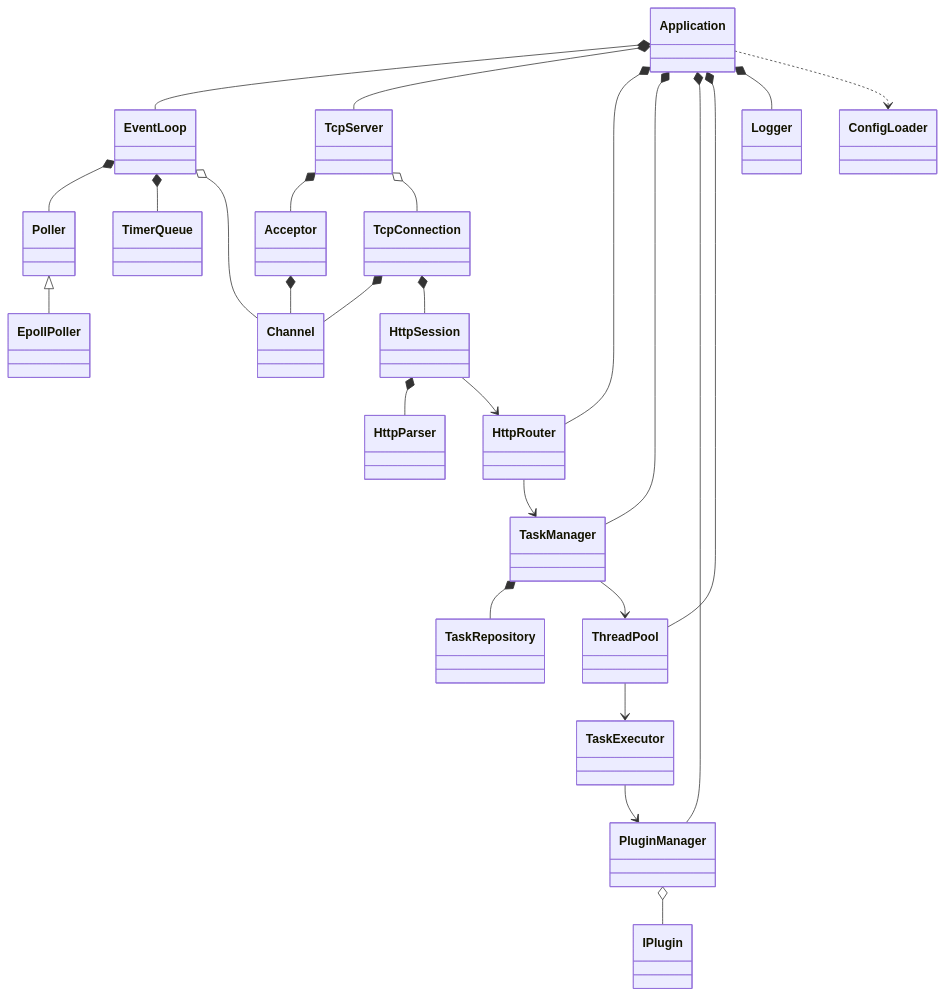
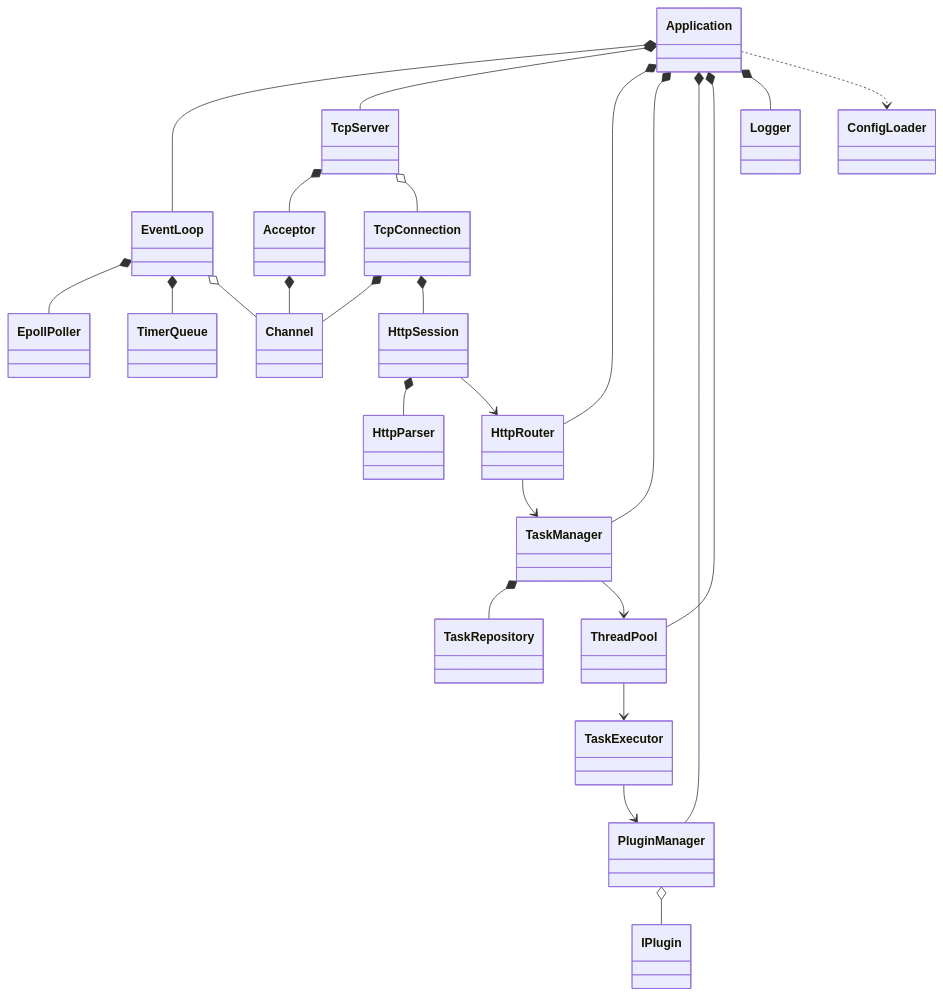
One commit to realme-max/IndustrialAIServiceFramework changed the second of 8 diagrams in docs/architecture.md. Above: the diagram before and after it, drawn with Mermaid. The commit also changed other lines of this file and 28 other files, not shown here.

````diff
--- a/docs/architecture.md
+++ b/docs/architecture.md
@@ -187,51 +202,49 @@
 ```mermaid
 classDiagram
     class Application
     class EventLoop
-    class Poller
     class EpollPoller
     class Channel
     class Acceptor
     class TcpServer
     class TcpConnection
     class HttpSession
     class HttpParser
     class HttpRouter
     class TaskManager
     class TaskRepository
     class ThreadPool
     class TaskExecutor
     class PluginManager
     class IPlugin
     class TimerQueue
     class Logger
     class ConfigLoader
 
     Application *-- EventLoop
     Application *-- TcpServer
     Application *-- HttpRouter
     Application *-- TaskManager
     Application *-- PluginManager
     Application *-- ThreadPool
     Application *-- Logger
     Application ..> ConfigLoader
 
-    EventLoop *-- Poller
-    Poller <|-- EpollPoller
+    EventLoop *-- EpollPoller
     EventLoop *-- TimerQueue
     EventLoop o-- Channel
     TcpServer *-- Acceptor
     Acceptor *-- Channel
     TcpServer o-- TcpConnection
     TcpConnection *-- Channel
     TcpConnection *-- HttpSession
     HttpSession *-- HttpParser
     HttpSession --> HttpRouter
 
     HttpRouter --> TaskManager
     TaskManager *-- TaskRepository
     TaskManager --> ThreadPool
     ThreadPool --> TaskExecutor
     TaskExecutor --> PluginManager
     PluginManager o-- IPlugin
 ```
````
